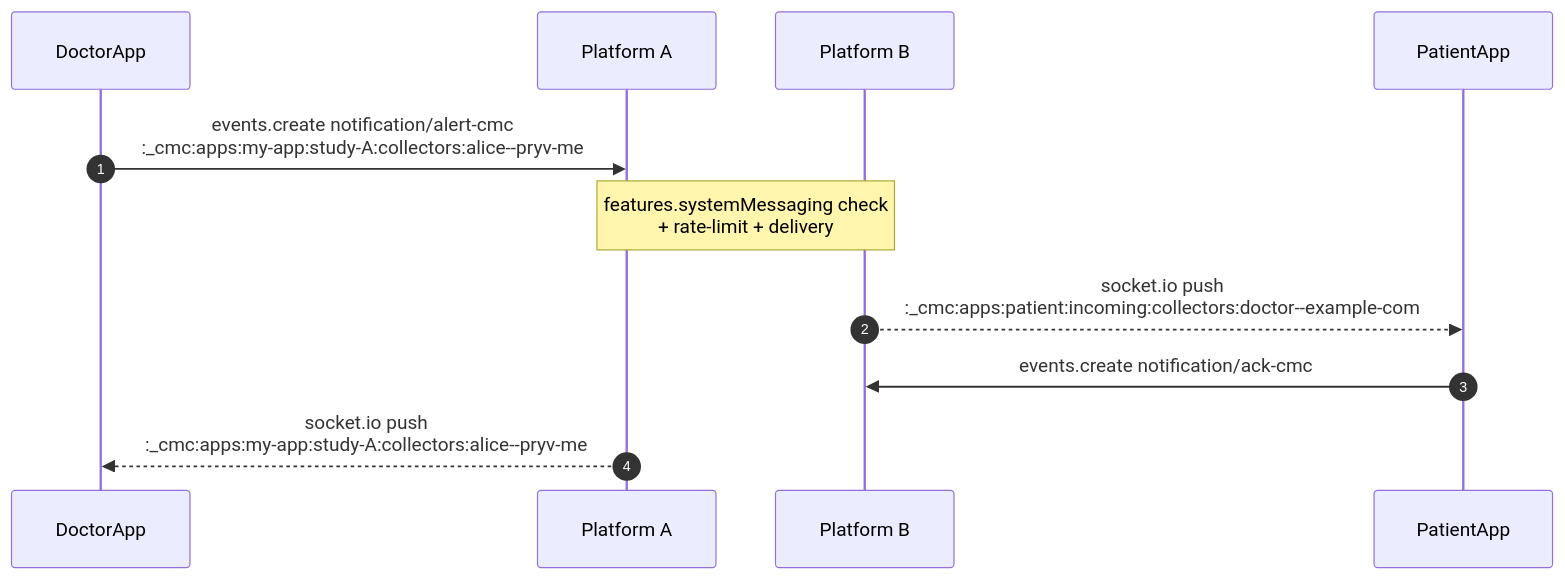
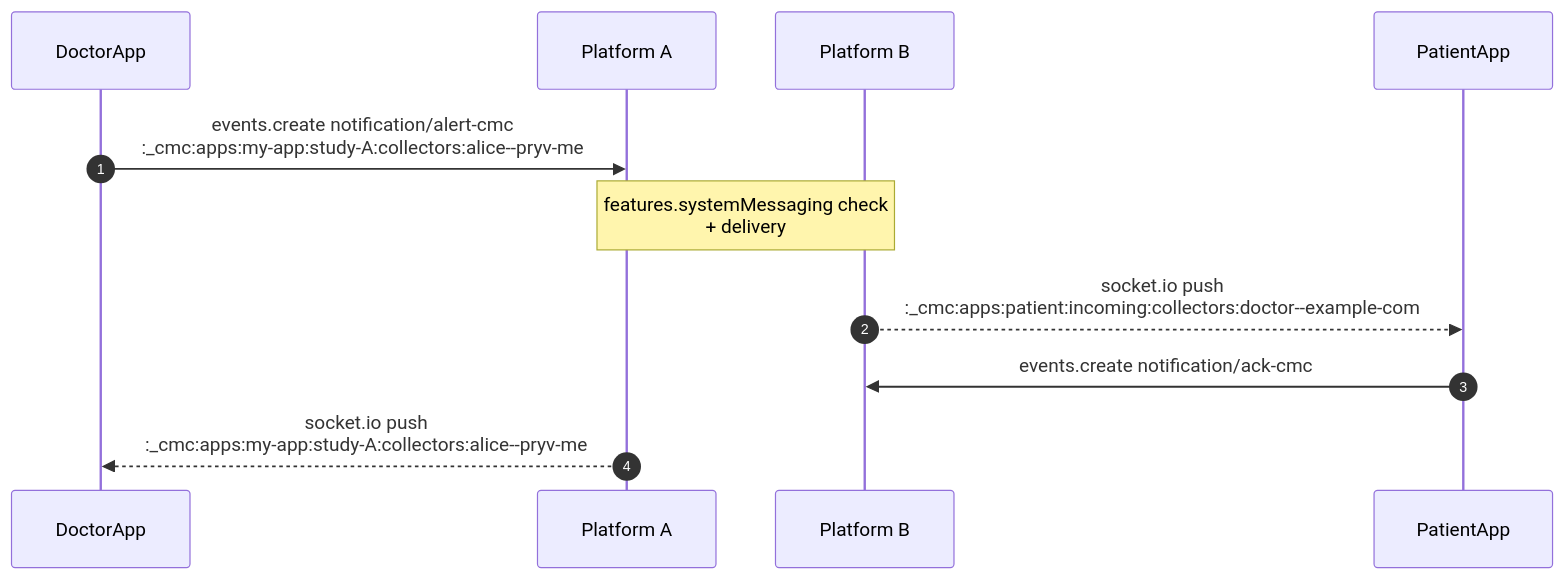
Before and after one commit to pryv/open-pryv.io: the third of 5 diagrams in components/cmc/IMPLEMENTERS-GUIDE.md, drawn with Mermaid. The commit also changed other lines of this file and 23 other files, not shown here.

````diff
--- a/components/cmc/IMPLEMENTERS-GUIDE.md
+++ b/components/cmc/IMPLEMENTERS-GUIDE.md
@@ -471,14 +471,14 @@
 ```mermaid
 sequenceDiagram
     autonumber
     participant DoctorApp
     participant PlatformA as Platform A
     participant PlatformB as Platform B
     participant PatientApp
 
     DoctorApp->>PlatformA: events.create notification/alert-cmc<br/>:_cmc:apps:my-app:study-A:collectors:alice--pryv-me
-    Note over PlatformA,PlatformB: features.systemMessaging check<br/>+ rate-limit + delivery
+    Note over PlatformA,PlatformB: features.systemMessaging check<br/>+ delivery
     PlatformB-->>PatientApp: socket.io push<br/>:_cmc:apps:patient:incoming:collectors:doctor--example-com
     PatientApp->>PlatformB: events.create notification/ack-cmc
     PlatformA-->>DoctorApp: socket.io push<br/>:_cmc:apps:my-app:study-A:collectors:alice--pryv-me
 ```
````
